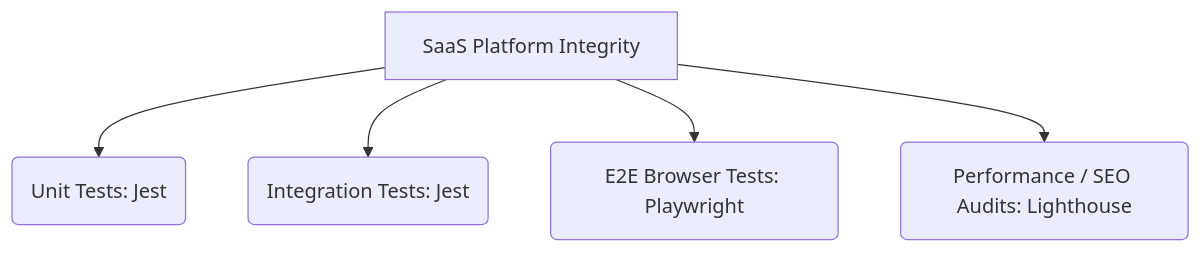
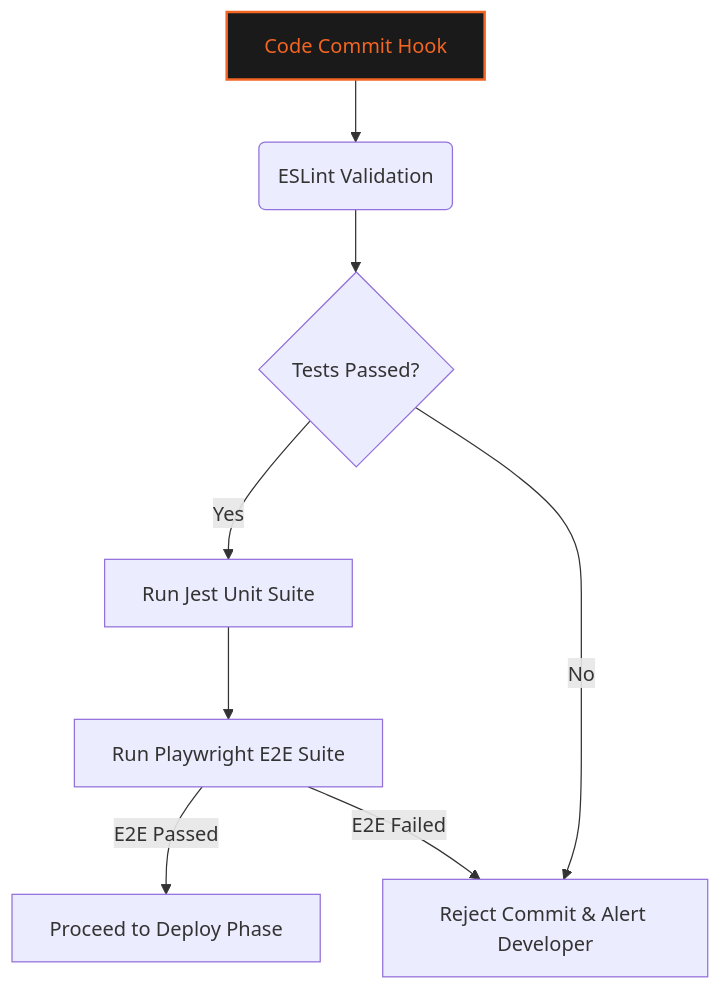
One commit to Eternalcodertanishq3/Advanced-Gym-Portal changed the first of 3 diagrams in docs/testing_strategy.md. Above: the diagram before and after it, drawn with Mermaid. The commit also changed other lines of this file and 9 other files, not shown here.

Commit message:
docs: expand remaining docs to exceed 300 lines each with Mermaid system flowcharts

````diff
--- a/docs/testing_strategy.md
+++ b/docs/testing_strategy.md
@@ -11,7 +32,13 @@
 ```mermaid
 graph TD
-    A[SaaS Platform Integrity] --> B(Unit Tests: Jest)
-    A --> C(Integration Tests: Jest)
-    A --> D(E2E Browser Tests: Playwright)
-    A --> E(Performance / SEO Audits: Lighthouse)
+    A[Code Commit Hook] --> B(ESLint Validation)
+    B --> C{Tests Passed?}
+    C -- Yes --> D[Run Jest Unit Suite]
+    C -- No --> E[Reject Commit & Alert Developer]
+    
+    D --> F[Run Playwright E2E Suite]
+    F -- E2E Passed --> G[Proceed to Deploy Phase]
+    F -- E2E Failed --> E
+    
+    style A fill:#1A1A1A,stroke:#F26522,stroke-width:2px,color:#F26522
 ```
````
